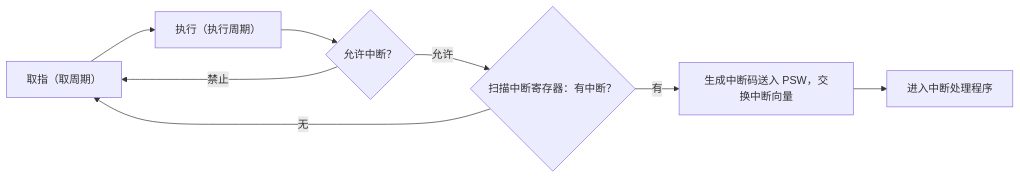
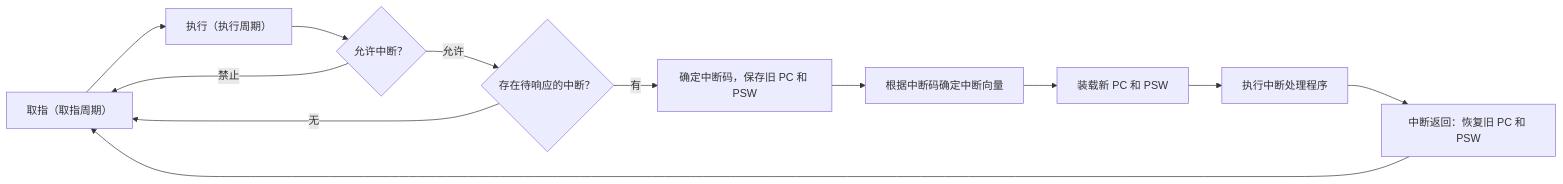
The diagram in operating-system/output/L03/chapters/02-interrupt-response-and-vector-table.md (MiniYuanBot/note-buddy), drawn with Mermaid before and after one commit. The commit also changed other lines of this file and 10 other files, not shown here.

````diff
--- a/operating-system/output/L03/chapters/02-interrupt-response-and-vector-table.md
+++ b/operating-system/output/L03/chapters/02-interrupt-response-and-vector-table.md
@@ -41,10 +41,14 @@
 ```mermaid
 flowchart LR
-  F["取指（取周期）"] --> X["执行（执行周期）"]
+  F["取指（取指周期）"] --> X["执行（执行周期）"]
   X --> Q{"允许中断？"}
   Q -- 禁止 --> F
-  Q -- 允许 --> C{"扫描中断寄存器：有中断？"}
+  Q -- 允许 --> C{"存在待响应的中断？"}
   C -- 无 --> F
-  C -- 有 --> P["生成中断码送入 PSW，交换中断向量"]
-  P --> H["进入中断处理程序"]
+  C -- 有 --> P["确定中断码，保存旧 PC 和 PSW"]
+  P --> V["根据中断码确定中断向量"]
+  V --> S["装载新 PC 和 PSW"]
+  S --> H["执行中断处理程序"]
+  H --> R["中断返回：恢复旧 PC 和 PSW"]
+  R --> F
 ```
````
